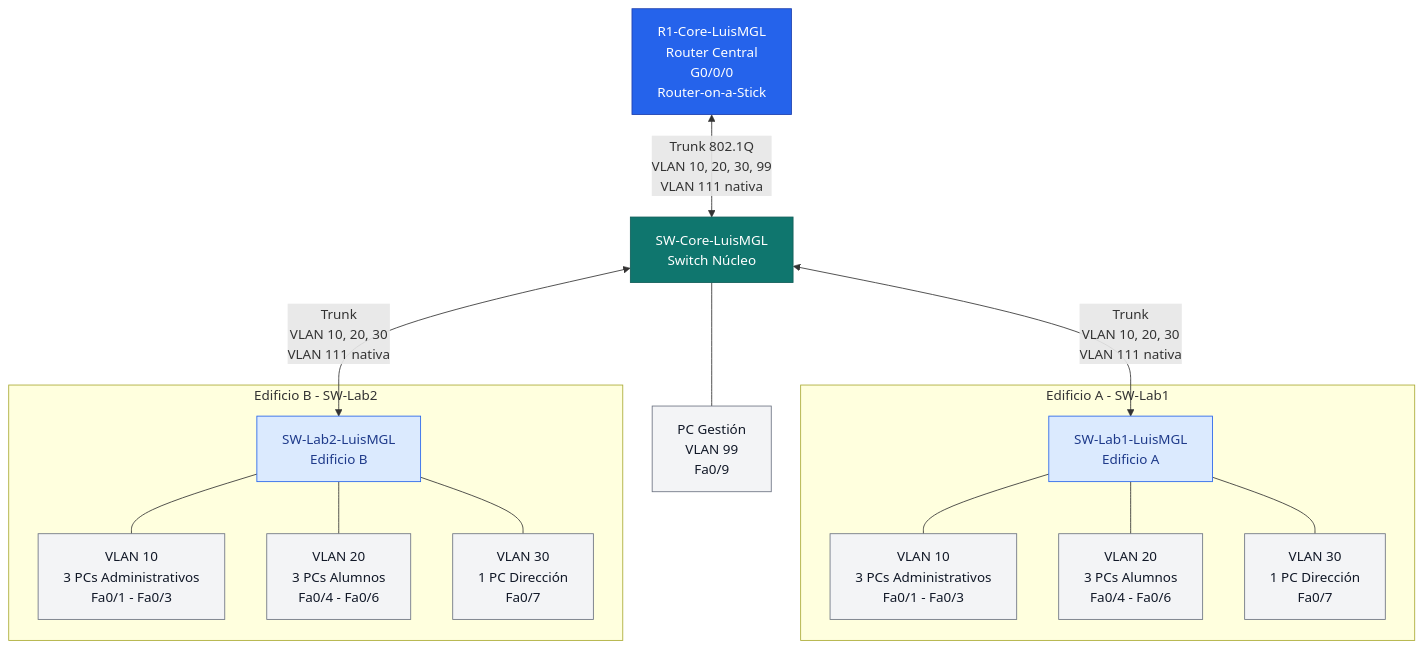
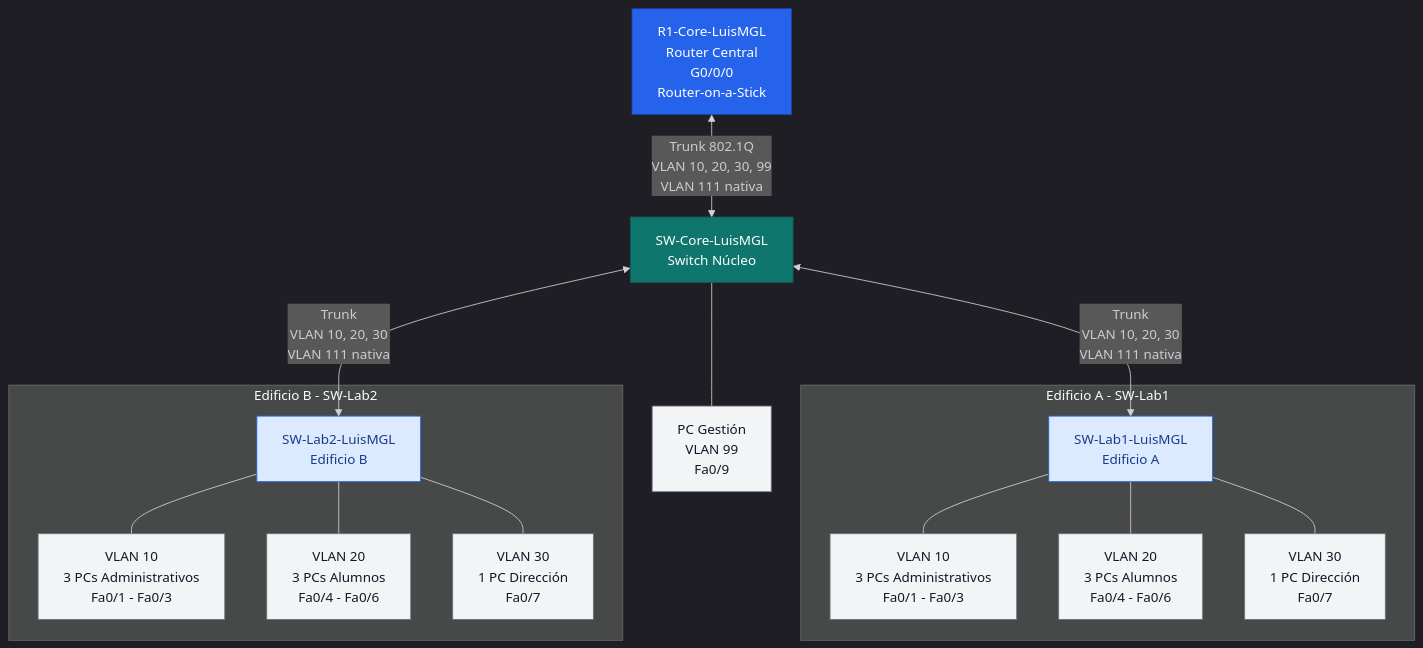
Before and after one commit to SOLUM39/portafolio_ccna2: the diagram in README.md, drawn with Mermaid. The commit also changed other lines of this file, not shown here.

````diff
--- a/README.md
+++ b/README.md
@@ -44,48 +44,49 @@
 ```mermaid
+%%{init: {'theme': 'dark'}}%%
 flowchart TB
     R1["R1-Core-LuisMGL<br/>Router Central<br/>G0/0/0<br/>Router-on-a-Stick"]
 
     CORE["SW-Core-LuisMGL<br/>Switch Núcleo"]
 
     PCG["PC Gestión<br/>VLAN 99<br/>Fa0/9"]
 
     LAB1["SW-Lab1-LuisMGL<br/>Edificio A"]
     LAB2["SW-Lab2-LuisMGL<br/>Edificio B"]
 
     R1 <-->|"Trunk 802.1Q<br/>VLAN 10, 20, 30, 99<br/>VLAN 111 nativa"| CORE
 
     CORE <-->|"Trunk<br/>VLAN 10, 20, 30<br/>VLAN 111 nativa"| LAB1
     CORE <-->|"Trunk<br/>VLAN 10, 20, 30<br/>VLAN 111 nativa"| LAB2
 
     CORE --- PCG
 
     subgraph A["Edificio A - SW-Lab1"]
         A10["VLAN 10<br/>3 PCs Administrativos<br/>Fa0/1 - Fa0/3"]
         A20["VLAN 20<br/>3 PCs Alumnos<br/>Fa0/4 - Fa0/6"]
         A30["VLAN 30<br/>1 PC Dirección<br/>Fa0/7"]
 
         LAB1 --- A10
         LAB1 --- A20
         LAB1 --- A30
     end
 
     subgraph B["Edificio B - SW-Lab2"]
         B10["VLAN 10<br/>3 PCs Administrativos<br/>Fa0/1 - Fa0/3"]
         B20["VLAN 20<br/>3 PCs Alumnos<br/>Fa0/4 - Fa0/6"]
         B30["VLAN 30<br/>1 PC Dirección<br/>Fa0/7"]
 
         LAB2 --- B10
         LAB2 --- B20
         LAB2 --- B30
     end
 
     classDef router fill:#2563eb,color:#ffffff,stroke:#1e40af
     classDef core fill:#0f766e,color:#ffffff,stroke:#115e59
     classDef access fill:#dbeafe,color:#1e3a8a,stroke:#2563eb
     classDef pc fill:#f3f4f6,color:#111827,stroke:#6b7280
 
     class R1 router
     class CORE core
     class LAB1,LAB2 access
     class PCG,A10,A20,A30,B10,B20,B30 pc
 ```
````
